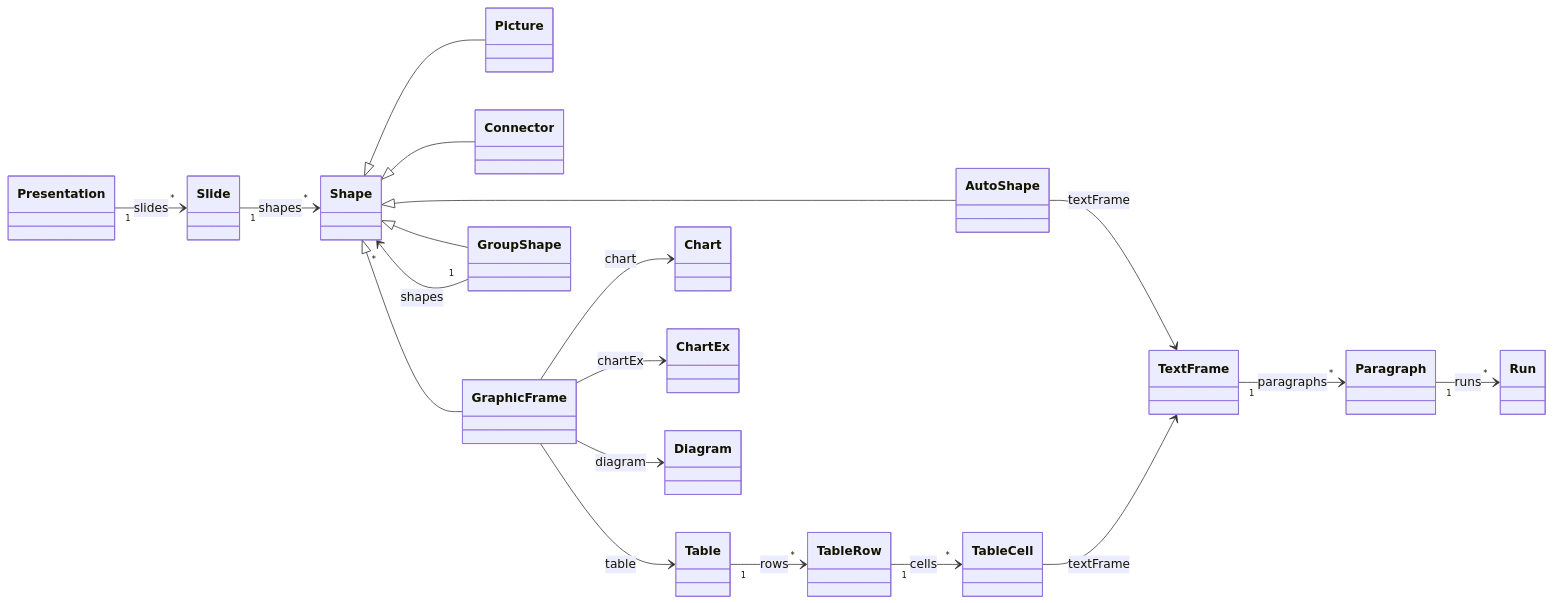
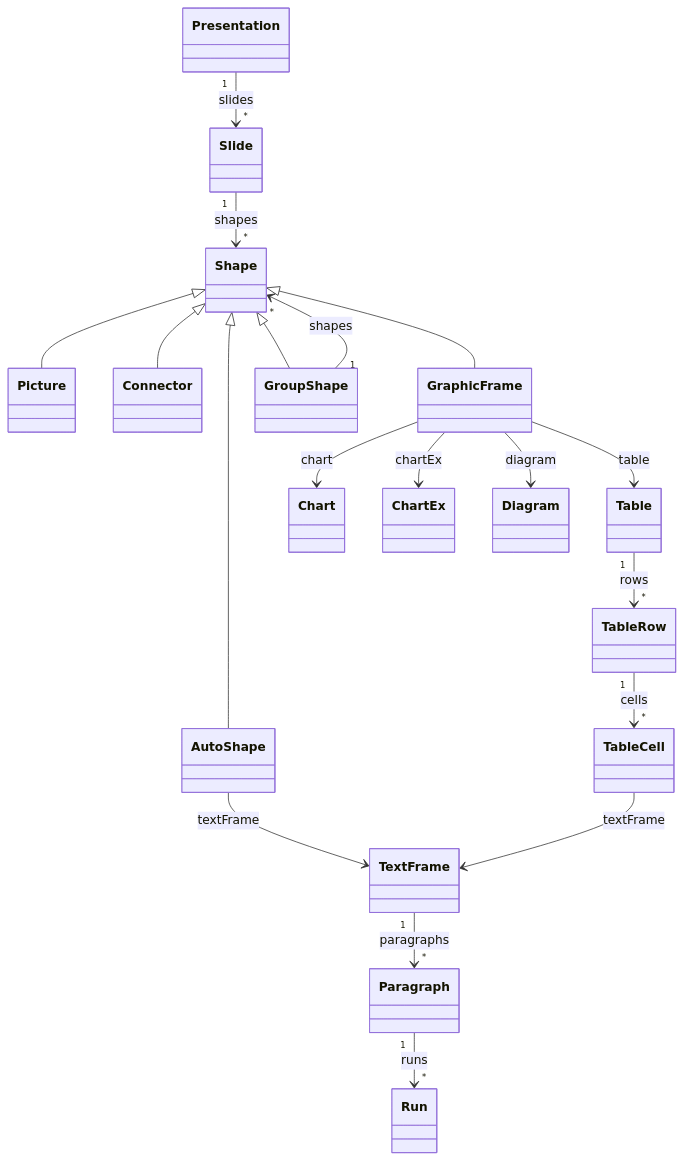
The first of 3 diagrams in docs/reference/read-object-model.md (shbernal/ts-pptx), drawn with Mermaid before and after one commit. The commit also changed other lines of this file and 7 other files, not shown here.

First line of the commit message:
docs: diagrams stay readable on a phone, and the contributor pages are described as they are

````diff
--- a/docs/reference/read-object-model.md
+++ b/docs/reference/read-object-model.md
@@ -22,22 +22,22 @@
 ```mermaid
 classDiagram
-  direction LR
+  direction TB
   Presentation "1" --> "*" Slide : slides
   Slide "1" --> "*" Shape : shapes
   Shape <|-- AutoShape
   Shape <|-- Picture
   Shape <|-- Connector
   Shape <|-- GraphicFrame
   Shape <|-- GroupShape
   GroupShape "1" --> "*" Shape : shapes
   AutoShape --> TextFrame : textFrame
   TextFrame "1" --> "*" Paragraph : paragraphs
   Paragraph "1" --> "*" Run : runs
   GraphicFrame --> Table : table
   GraphicFrame --> Chart : chart
   GraphicFrame --> ChartEx : chartEx
   GraphicFrame --> Diagram : diagram
   Table "1" --> "*" TableRow : rows
   TableRow "1" --> "*" TableCell : cells
   TableCell --> TextFrame : textFrame
 ```
````
